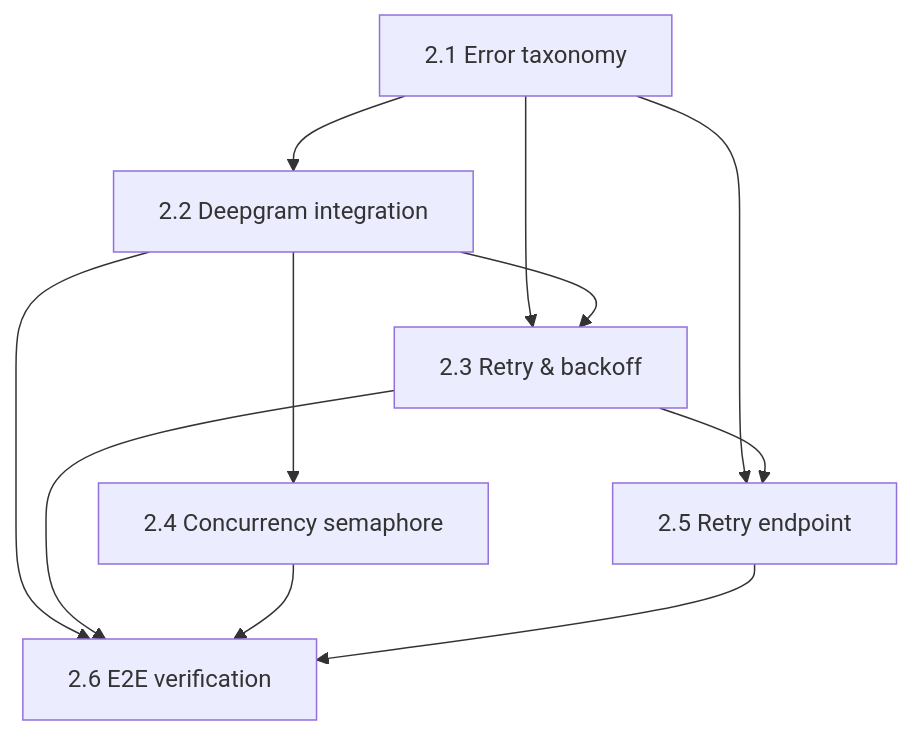
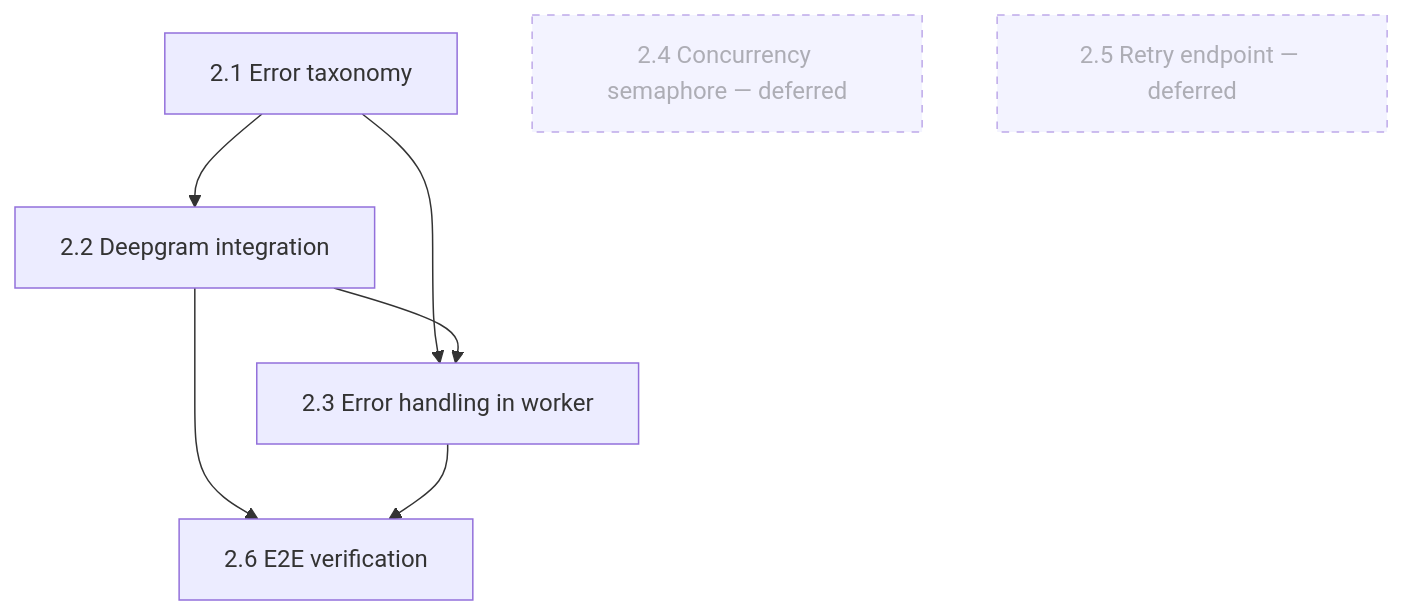
One commit to core-david/call_analyzer changed the diagram in .claude/milestone_2.md. Above: the diagram before and after it, drawn with Mermaid. The commit also changed other lines of this file and 5 other files, not shown here.

First line of the commit message:
Task 2.3: simplified worker error handling (reduced M2 scope)

````diff
--- a/.claude/milestone_2.md
+++ b/.claude/milestone_2.md
@@ -83,13 +81,11 @@
 ```mermaid
 graph TD
     T21[2.1 Error taxonomy] --> T22[2.2 Deepgram integration]
-    T21 --> T23[2.3 Retry & backoff]
+    T21 --> T23[2.3 Error handling in worker]
     T22 --> T23
-    T22 --> T24[2.4 Concurrency semaphore]
-    T21 --> T25[2.5 Retry endpoint]
-    T23 --> T25
     T22 --> T26[2.6 E2E verification]
     T23 --> T26
-    T24 --> T26
-    T25 --> T26
+    T24[2.4 Concurrency semaphore — deferred]:::deferred
+    T25[2.5 Retry endpoint — deferred]:::deferred
+    classDef deferred stroke-dasharray: 5 5,opacity:0.6;
 ```
````
